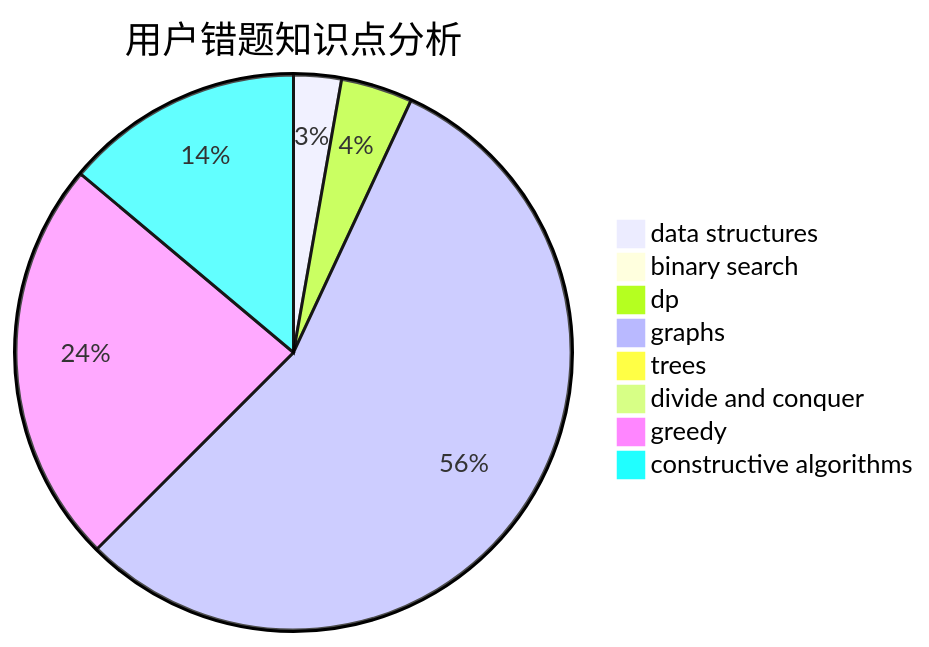
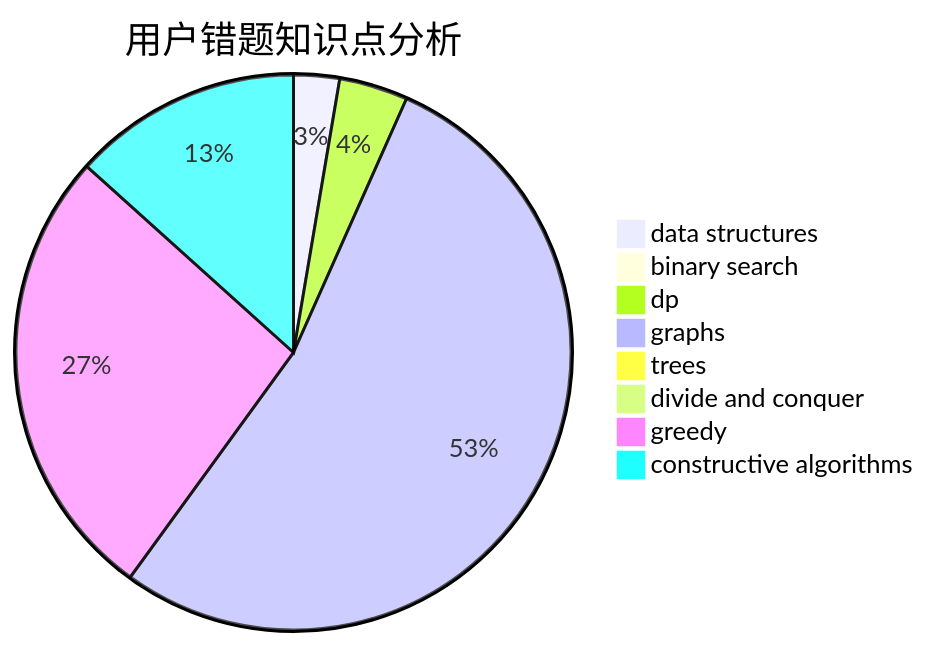
The third of 3 diagrams in docs/user/u2702.md (sherpahu/cfrs.github.io), drawn with Mermaid before and after one commit. The commit also changed other lines of this file and 2770 other files, not shown here.

````diff
--- a/docs/user/u2702.md
+++ b/docs/user/u2702.md
@@ -36,11 +36,11 @@
 ```mermaid
 pie title 用户错题知识点分析
     "data structures" :  2
     "binary search" :  0
     "dp" :  3
     "graphs" :  40
     "trees" :  0
     "divide and conquer" :  0
-    "greedy" :  17
+    "greedy" :  20
     "constructive algorithms" :  10
 ```
````
